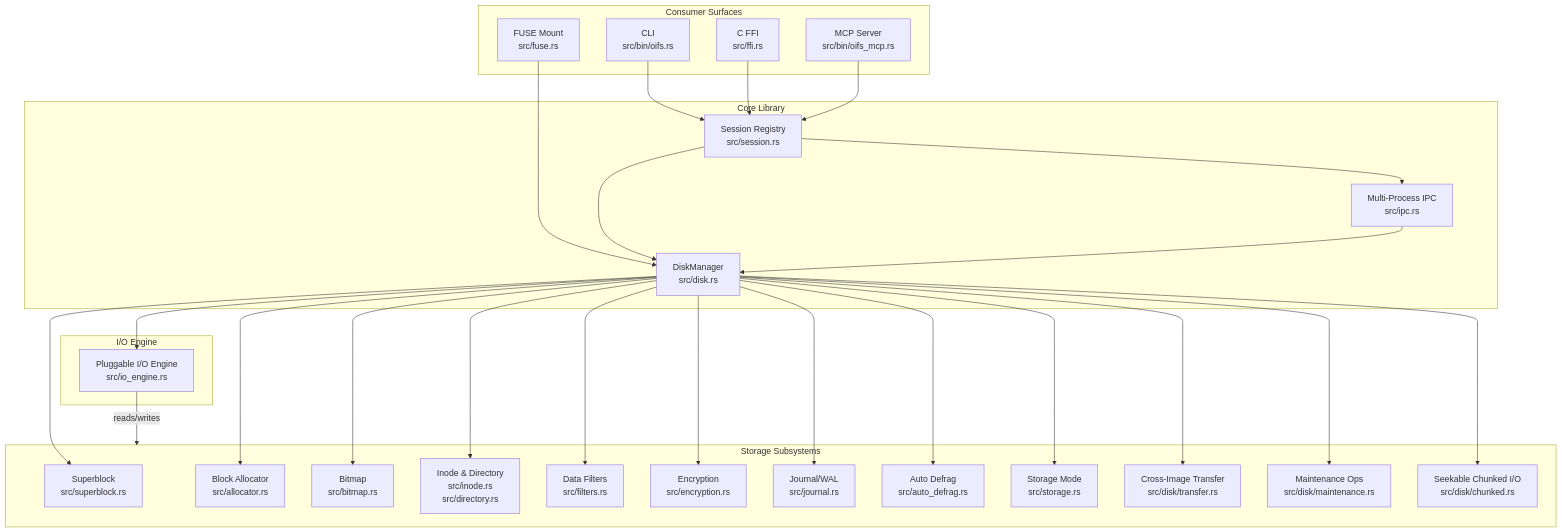
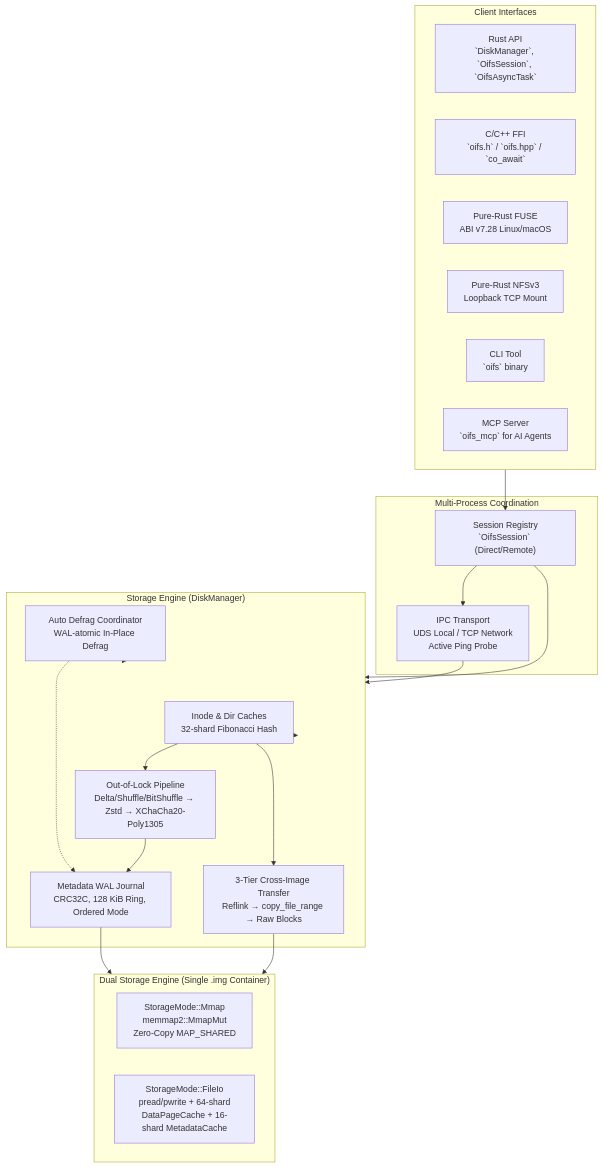
One commit to ych/oifs changed the first of 6 diagrams in openwiki/architecture/overview.md. Above: the diagram before and after it, drawn with Mermaid. The commit also changed other lines of this file and 62 other files, not shown here.

````diff
--- a/openwiki/architecture/overview.md
+++ b/openwiki/architecture/overview.md
@@ -51,56 +46,42 @@
 ```mermaid
-flowchart TD
-    subgraph ConsumerSurfaces[Consumer Surfaces]
-        CLI[CLI<br/>src/bin/oifs.rs]
-        FFI[C FFI<br/>src/ffi.rs]
-        MCP[MCP Server<br/>src/bin/oifs_mcp.rs]
-        FUSE[FUSE Mount<br/>src/fuse.rs]
+flowchart TB
+    subgraph Clients["Client Interfaces"]
+        RustAPI["Rust API<br/>`DiskManager`, `OifsSession`, `OifsAsyncTask`"]
+        CFFI["C/C++ FFI<br/>`oifs.h` / `oifs.hpp` / `co_await`"]
+        FUSE["Pure-Rust FUSE<br/>ABI v7.28 Linux/macOS"]
+        NFS["Pure-Rust NFSv3<br/>Loopback TCP Mount"]
+        CLI["CLI Tool<br/>`oifs` binary"]
+        MCP["MCP Server<br/>`oifs_mcp` for AI Agents"]
     end
 
-    subgraph Core[Core Library]
-        Session[Session Registry<br/>src/session.rs]
-        IPC[Multi-Process IPC<br/>src/ipc.rs]
-        DiskManager[DiskManager<br/>src/disk.rs]
+    subgraph Coordination["Multi-Process Coordination"]
+        Session["Session Registry<br/>`OifsSession` (Direct/Remote)"]
+        IPC["IPC Transport<br/>UDS Local / TCP Network<br/>Active Ping Probe"]
     end
 
-    subgraph Storage[Storage Subsystems]
-        SB[Superblock<br/>src/superblock.rs]
-        Alloc[Block Allocator<br/>src/allocator.rs]
-        Bitmap[Bitmap<br/>src/bitmap.rs]
-        InodeDir[Inode & Directory<br/>src/inode.rs<br/>src/directory.rs]
-        Filters[Data Filters<br/>src/filters.rs]
-        Encrypt[Encryption<br/>src/encryption.rs]
-        Journal[Journal/WAL<br/>src/journal.rs]
-        AutoDefrag[Auto Defrag<br/>src/auto_defrag.rs]
-        StorageMode[Storage Mode<br/>src/storage.rs]
-        Transfer[Cross-Image Transfer<br/>src/disk/transfer.rs]
-        Maintenance[Maintenance Ops<br/>src/disk/maintenance.rs]
-        Chunked[Seekable Chunked I/O<br/>src/disk/chunked.rs]
+    subgraph Engine["Storage Engine (DiskManager)"]
+        Cache["Inode & Dir Caches<br/>32-shard Fibonacci Hash"]
+        Pipeline["Out-of-Lock Pipeline<br/>Delta/Shuffle/BitShuffle → Zstd → XChaCha20-Poly1305"]
+        Transfer["3-Tier Cross-Image Transfer<br/>Reflink → copy_file_range → Raw Blocks"]
+        WAL["Metadata WAL Journal<br/>CRC32C, 128 KiB Ring, Ordered Mode"]
+        Defrag["Auto Defrag Coordinator<br/>WAL-atomic In-Place Defrag"]
     end
 
-    subgraph IOEngine[I/O Engine]
-        IO[Pluggable I/O Engine<br/>src/io_engine.rs]
+    subgraph Storage["Dual Storage Engine (Single .img Container)"]
+        Mmap["StorageMode::Mmap<br/>memmap2::MmapMut<br/>Zero-Copy MAP_SHARED"]
+        FileIo["StorageMode::FileIo<br/>pread/pwrite + 64-shard<br/>DataPageCache + 16-shard MetadataCache"]
     end
 
-    CLI --> Session
-    FFI --> Session
-    MCP --> Session
-    FUSE --> DiskManager
+    Clients --> Session
     Session --> IPC
-    Session --> DiskManager
-    IPC --> DiskManager
-    DiskManager --> SB
-    DiskManager --> Alloc
-    DiskManager --> Bitmap
-    DiskManager --> InodeDir
-    DiskManager --> Filters
-    DiskManager --> Encrypt
-    DiskManager --> Journal
-    DiskManager --> AutoDefrag
-    DiskManager --> StorageMode
-    DiskManager --> Transfer
-    DiskManager --> Maintenance
-    DiskManager --> Chunked
-    DiskManager --> IO
-    IO -->|reads/writes| Storage
+    Session --> Engine
+    IPC --> Engine
+    Engine --> Cache
+    Cache --> Pipeline
+    Cache --> Transfer
+    Pipeline --> WAL
+    WAL --> Storage
+    Transfer --> Storage
+    Defrag -.-> WAL
+    Defrag -.-> Engine
 ```
````
